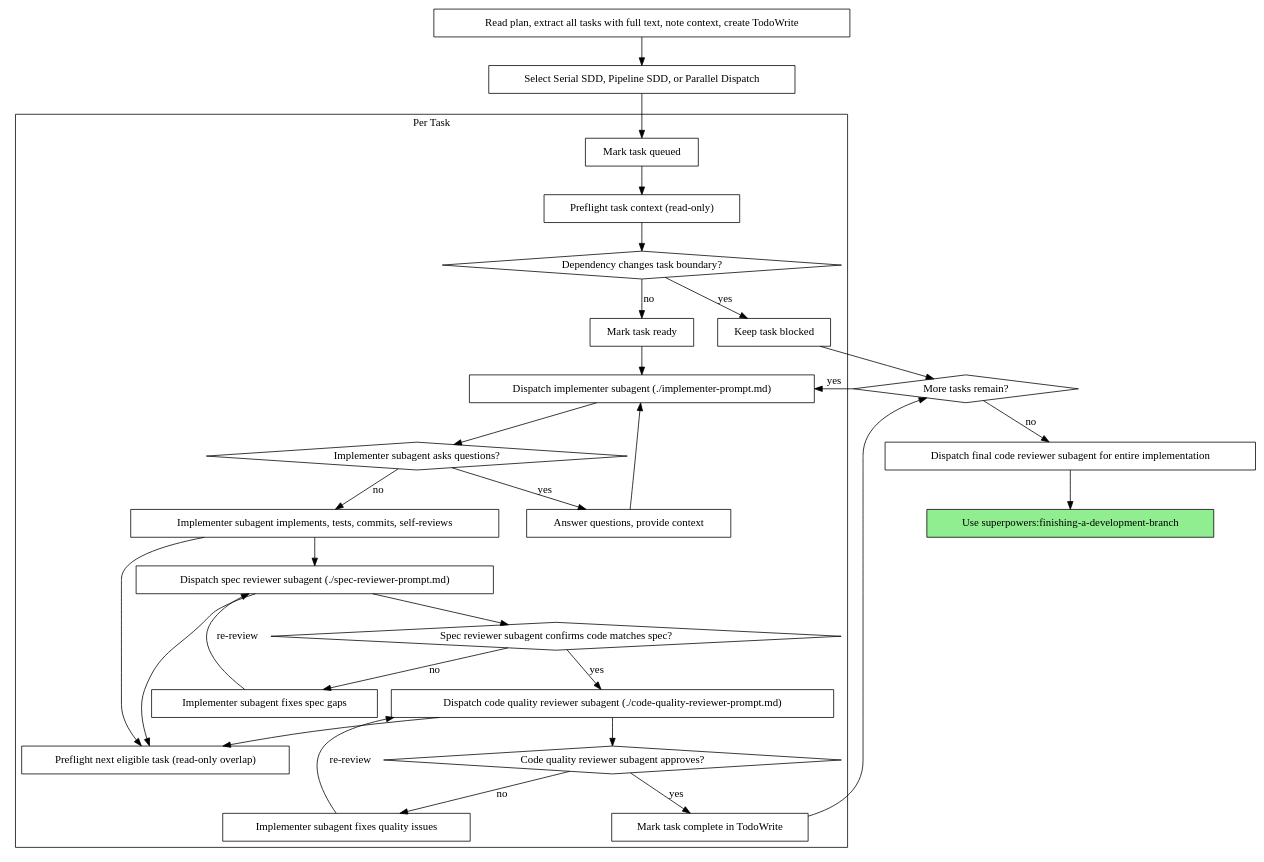
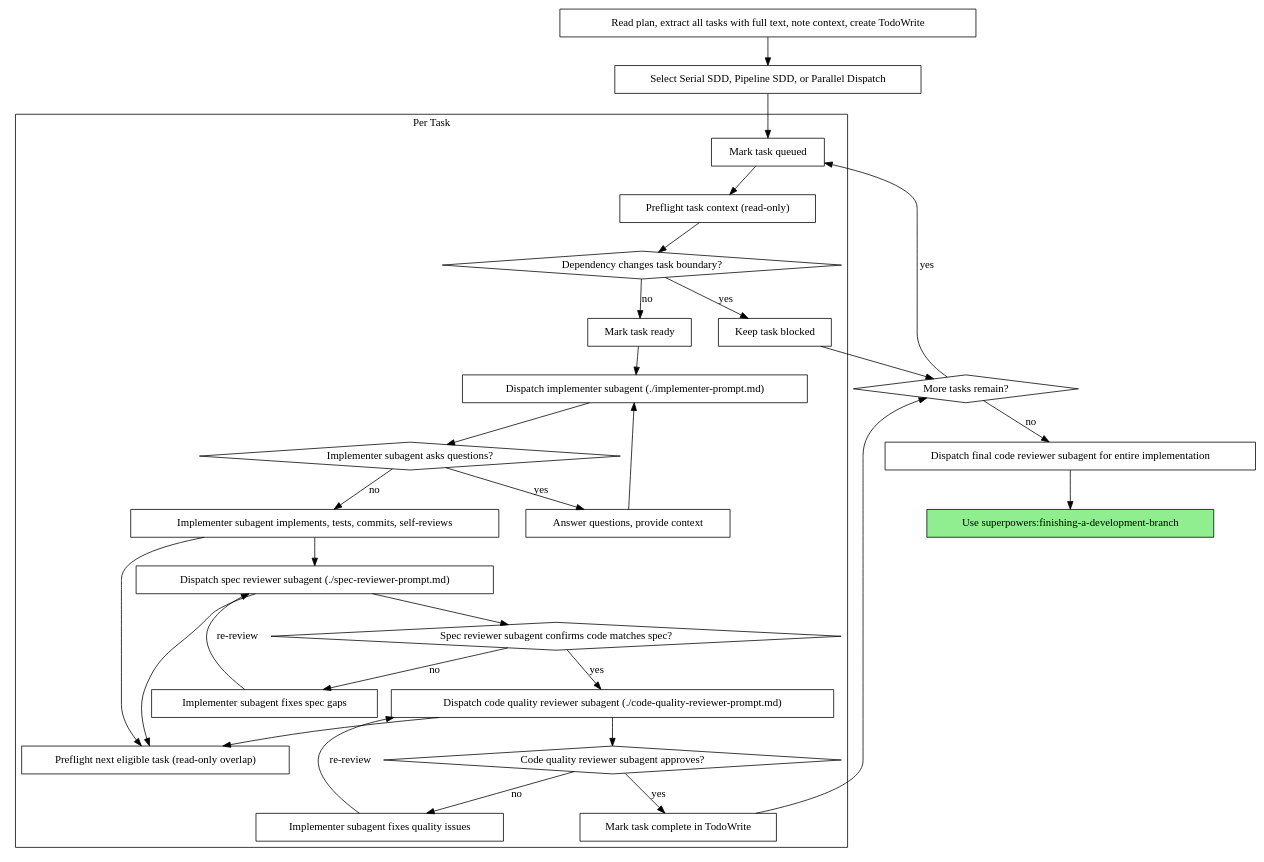
Before and after one commit to joseph-bing-han/superpowers: the second of 2 diagrams in skills/subagent-driven-development/SKILL.md, drawn with Graphviz. The commit also changed other lines of this file and 1 other file, not shown here.

````diff
--- a/skills/subagent-driven-development/SKILL.md
+++ b/skills/subagent-driven-development/SKILL.md
@@ -96,61 +96,61 @@
 ```dot
 digraph process {
     rankdir=TB;
 
     subgraph cluster_per_task {
         label="Per Task";
         "Mark task queued" [shape=box];
         "Preflight task context (read-only)" [shape=box];
         "Dependency changes task boundary?" [shape=diamond];
         "Keep task blocked" [shape=box];
         "Mark task ready" [shape=box];
         "Dispatch implementer subagent (./implementer-prompt.md)" [shape=box];
         "Implementer subagent asks questions?" [shape=diamond];
         "Answer questions, provide context" [shape=box];
         "Implementer subagent implements, tests, commits, self-reviews" [shape=box];
         "Preflight next eligible task (read-only overlap)" [shape=box];
         "Dispatch spec reviewer subagent (./spec-reviewer-prompt.md)" [shape=box];
         "Spec reviewer subagent confirms code matches spec?" [shape=diamond];
         "Implementer subagent fixes spec gaps" [shape=box];
         "Dispatch code quality reviewer subagent (./code-quality-reviewer-prompt.md)" [shape=box];
         "Code quality reviewer subagent approves?" [shape=diamond];
         "Implementer subagent fixes quality issues" [shape=box];
         "Mark task complete in TodoWrite" [shape=box];
     }
 
     "Read plan, extract all tasks with full text, note context, create TodoWrite" [shape=box];
     "Select Serial SDD, Pipeline SDD, or Parallel Dispatch" [shape=box];
     "More tasks remain?" [shape=diamond];
     "Dispatch final code reviewer subagent for entire implementation" [shape=box];
     "Use superpowers:finishing-a-development-branch" [shape=box style=filled fillcolor=lightgreen];
 
     "Read plan, extract all tasks with full text, note context, create TodoWrite" -> "Select Serial SDD, Pipeline SDD, or Parallel Dispatch";
     "Select Serial SDD, Pipeline SDD, or Parallel Dispatch" -> "Mark task queued";
     "Mark task queued" -> "Preflight task context (read-only)";
     "Preflight task context (read-only)" -> "Dependency changes task boundary?";
     "Dependency changes task boundary?" -> "Keep task blocked" [label="yes"];
     "Dependency changes task boundary?" -> "Mark task ready" [label="no"];
     "Keep task blocked" -> "More tasks remain?";
     "Mark task ready" -> "Dispatch implementer subagent (./implementer-prompt.md)";
     "Dispatch implementer subagent (./implementer-prompt.md)" -> "Implementer subagent asks questions?";
     "Implementer subagent asks questions?" -> "Answer questions, provide context" [label="yes"];
     "Answer questions, provide context" -> "Dispatch implementer subagent (./implementer-prompt.md)";
     "Implementer subagent asks questions?" -> "Implementer subagent implements, tests, commits, self-reviews" [label="no"];
     "Implementer subagent implements, tests, commits, self-reviews" -> "Preflight next eligible task (read-only overlap)";
     "Implementer subagent implements, tests, commits, self-reviews" -> "Dispatch spec reviewer subagent (./spec-reviewer-prompt.md)";
     "Dispatch spec reviewer subagent (./spec-reviewer-prompt.md)" -> "Spec reviewer subagent confirms code matches spec?";
     "Dispatch spec reviewer subagent (./spec-reviewer-prompt.md)" -> "Preflight next eligible task (read-only overlap)";
     "Spec reviewer subagent confirms code matches spec?" -> "Implementer subagent fixes spec gaps" [label="no"];
     "Implementer subagent fixes spec gaps" -> "Dispatch spec reviewer subagent (./spec-reviewer-prompt.md)" [label="re-review"];
     "Spec reviewer subagent confirms code matches spec?" -> "Dispatch code quality reviewer subagent (./code-quality-reviewer-prompt.md)" [label="yes"];
     "Dispatch code quality reviewer subagent (./code-quality-reviewer-prompt.md)" -> "Code quality reviewer subagent approves?";
     "Dispatch code quality reviewer subagent (./code-quality-reviewer-prompt.md)" -> "Preflight next eligible task (read-only overlap)";
     "Code quality reviewer subagent approves?" -> "Implementer subagent fixes quality issues" [label="no"];
     "Implementer subagent fixes quality issues" -> "Dispatch code quality reviewer subagent (./code-quality-reviewer-prompt.md)" [label="re-review"];
     "Code quality reviewer subagent approves?" -> "Mark task complete in TodoWrite" [label="yes"];
     "Mark task complete in TodoWrite" -> "More tasks remain?";
-    "More tasks remain?" -> "Dispatch implementer subagent (./implementer-prompt.md)" [label="yes"];
+    "More tasks remain?" -> "Mark task queued" [label="yes"];
     "More tasks remain?" -> "Dispatch final code reviewer subagent for entire implementation" [label="no"];
     "Dispatch final code reviewer subagent for entire implementation" -> "Use superpowers:finishing-a-development-branch";
 }
 ```
````
